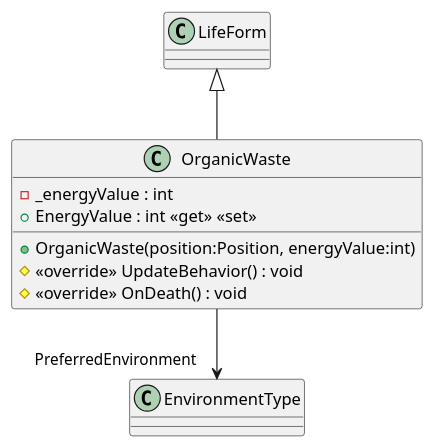
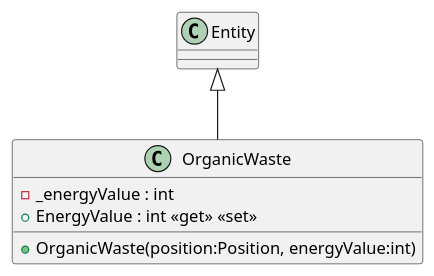
Before and after one commit to I42I/ecosystem: the diagram in plantuml/Models/Entities/Environment/OrganicWaste.puml, drawn with PlantUML. The commit also changed 64 other files, not shown here.

Commit message:
plantuml

```diff
--- a/plantuml/Models/Entities/Environment/OrganicWaste.puml
+++ b/plantuml/Models/Entities/Environment/OrganicWaste.puml
@@ -1,11 +1,8 @@
 @startuml
 class OrganicWaste {
     - _energyValue : int
     + EnergyValue : int <<get>> <<set>>
     + OrganicWaste(position:Position, energyValue:int)
-    # <<override>> UpdateBehavior() : void
-    # <<override>> OnDeath() : void
 }
-LifeForm <|-- OrganicWaste
-OrganicWaste --> "PreferredEnvironment" EnvironmentType
+Entity <|-- OrganicWaste
 @enduml
```
